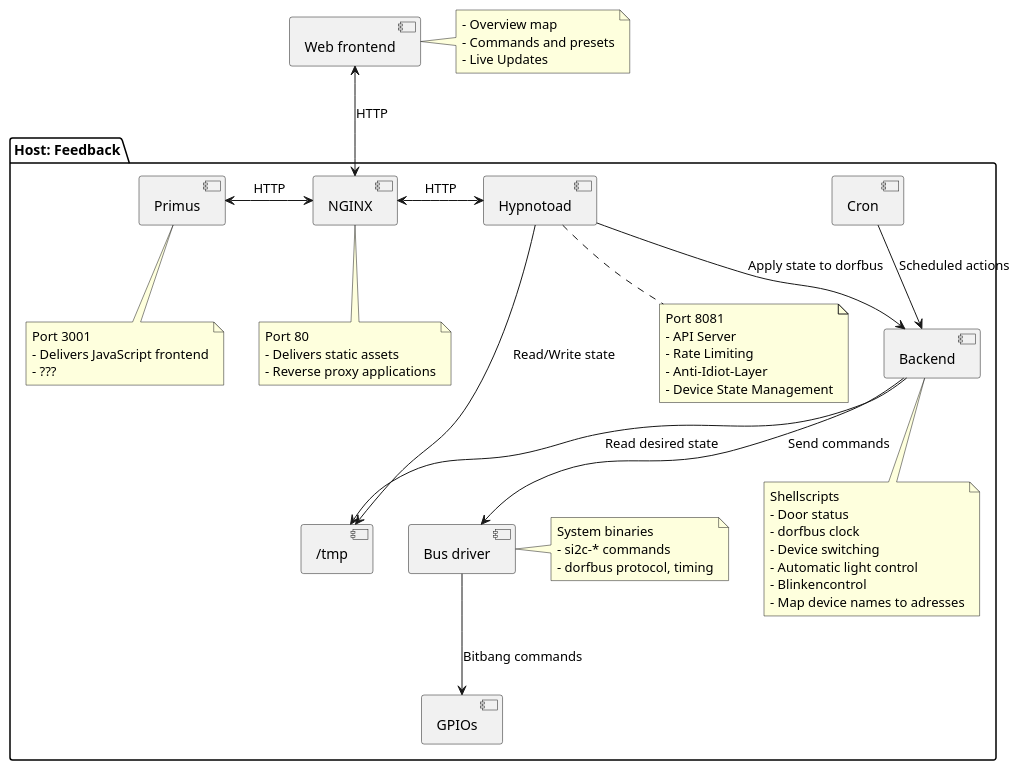
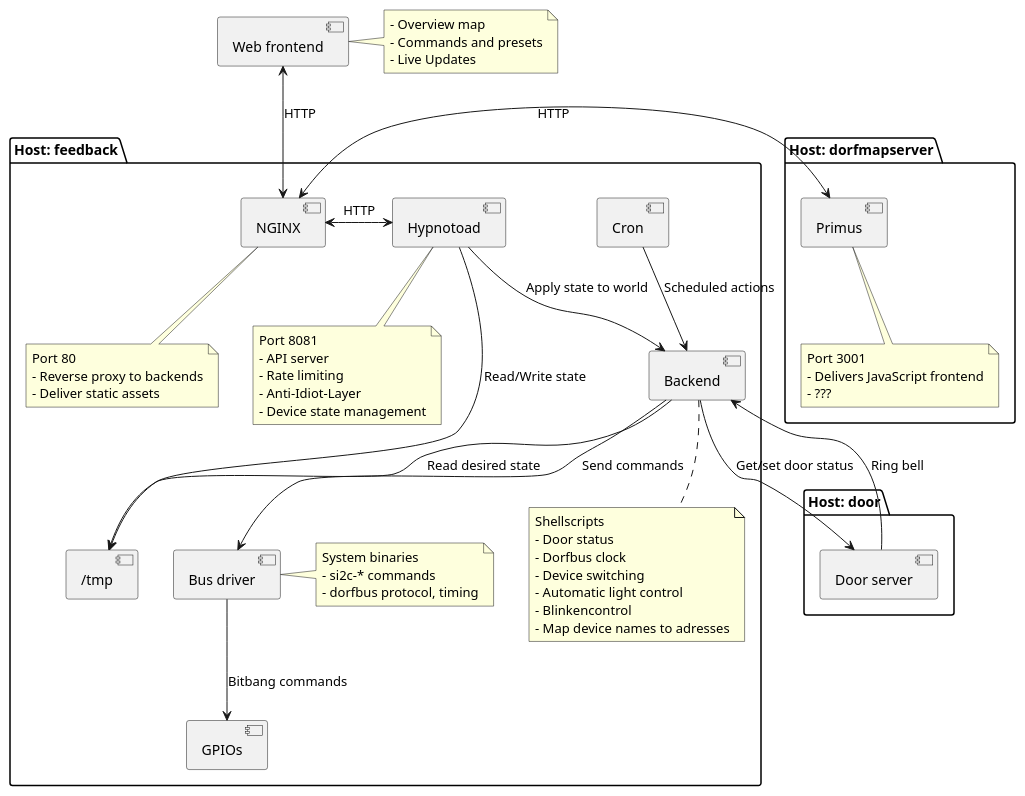
One commit to chaosdorf/dorfmap-deb changed the diagram in docs/architecture.puml. Above: the diagram before and after it, drawn with PlantUML. The commit also changed 3 other files, not shown here.

First line of the commit message:
Update arechitecture diagrams

```diff
--- a/docs/architecture.puml
+++ b/docs/architecture.puml
@@ -1,67 +1,75 @@
 @startuml
 [Web frontend]
 note right of "Web frontend"
 - Overview map
 - Commands and presets
 - Live Updates
 end note
 
-package "Host: Feedback" {
+package "Host: feedback" {
     [Cron]
 
     [NGINX]
     note bottom of "NGINX"
     Port 80
-    - Delivers static assets
-    - Reverse proxy applications
+    - Reverse proxy to backends
+    - Deliver static assets
     end note
 
     [Hypnotoad]
     note bottom of "Hypnotoad"
     Port 8081
-    - API Server
-    - Rate Limiting
+    - API server
+    - Rate limiting
     - Anti-Idiot-Layer
-    - Device State Management
-    end note
-
-    [Primus]
-    note bottom of "Primus"
-    Port 3001
-    - Delivers JavaScript frontend
-    - ???
+    - Device state management
     end note
 
     [Backend]
     note bottom of "Backend"
     Shellscripts
     - Door status
-    - dorfbus clock
+    - Dorfbus clock
     - Device switching
     - Automatic light control
     - Blinkencontrol
     - Map device names to adresses
     end note
 
     [Bus driver]
     note right of "Bus driver"
     System binaries
     - si2c-* commands
     - dorfbus protocol, timing
     end note
 
     [GPIOs]
     [/tmp]
 }
 
+package "Host: door" {
+    [Door server]
+}
+
+package "Host: dorfmapserver" {
+    [Primus]
+    note bottom of "Primus"
+    Port 3001
+    - Delivers JavaScript frontend
+    - ???
+    end note
+}
+
 [Web frontend] <--> [NGINX] : HTTP
 [NGINX] <-left-> [Primus] : HTTP
 [NGINX] <-right-> [Hypnotoad] : HTTP
 
 [Cron] --> [Backend] : Scheduled actions
 [Hypnotoad] --> [/tmp] : Read/Write state
-[Hypnotoad] --> [Backend] : Apply state to dorfbus
+[Hypnotoad] --> [Backend] : Apply state to world
+[Backend] --> [Door server] : Get/set door status
 [Backend] --> [/tmp] : Read desired state
 [Backend] --> [Bus driver] : Send commands
+[Backend] <-- [Door server] : Ring bell
 [Bus driver] --> [GPIOs] : Bitbang commands
 @enduml
```
